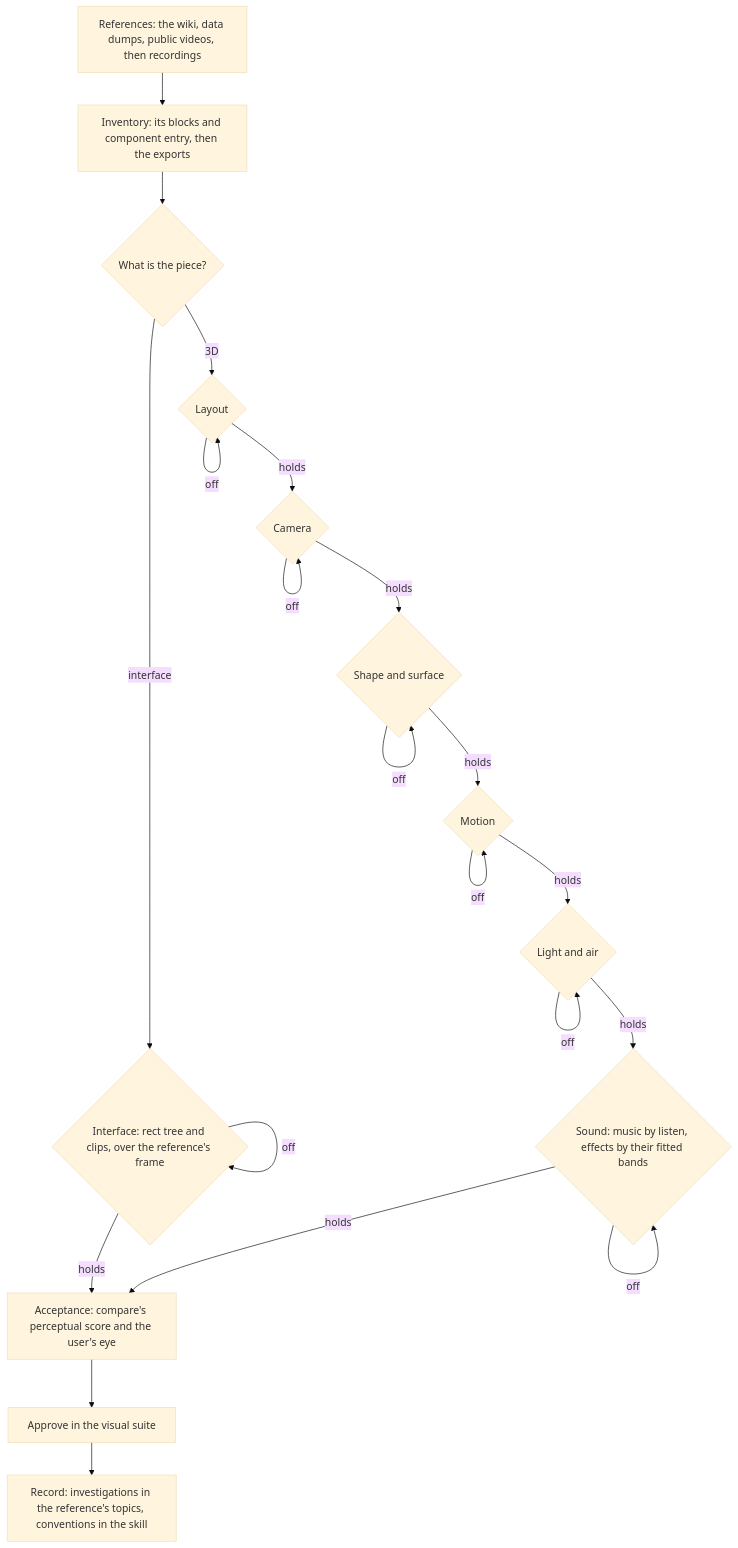
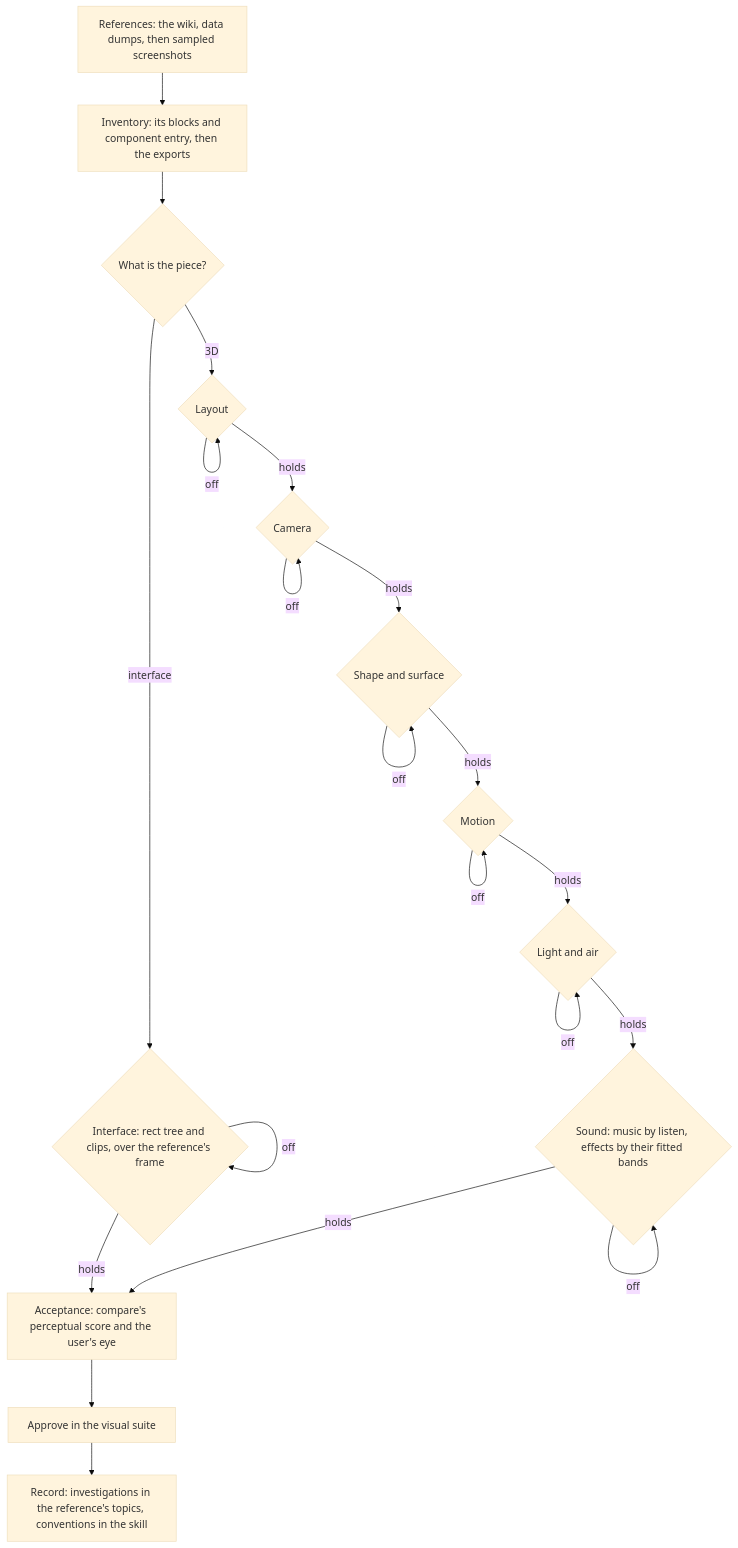
One commit to Esposter/Esposter changed the diagram in openspec/specs/genshin/parity/passes/design.md. Above: the diagram before and after it, drawn with Mermaid (base theme). The commit also changed other lines of this file and 42 other files, not shown here.

````diff
--- a/openspec/specs/genshin/parity/passes/design.md
+++ b/openspec/specs/genshin/parity/passes/design.md
@@ -5,23 +5,23 @@
 ```mermaid
 flowchart TD
-  P["References: the wiki, data dumps, public videos, then recordings"] --> I["Inventory: its blocks and component entry, then the exports"]
+  P["References: the wiki, data dumps, then sampled screenshots"] --> I["Inventory: its blocks and component entry, then the exports"]
   I --> K{What is the piece?}
   K -->|"interface"| UI{"Interface: rect tree and clips, over the reference's frame"}
   UI -->|off| UI
   K -->|"3D"| L{"Layout"}
   L -->|off| L
   L -->|holds| C{"Camera"}
   C -->|off| C
   C -->|holds| S{"Shape and surface"}
   S -->|off| S
   S -->|holds| M{"Motion"}
   M -->|off| M
   M -->|holds| G{"Light and air"}
   G -->|off| G
   G -->|holds| N{"Sound: music by listen, effects by their fitted bands"}
   N -->|off| N
   N -->|holds| A["Acceptance: compare's perceptual score and the user's eye"]
   UI -->|holds| A
   A --> V["Approve in the visual suite"]
   V --> R["Record: investigations in the reference's topics, conventions in the skill"]
 ```
````
